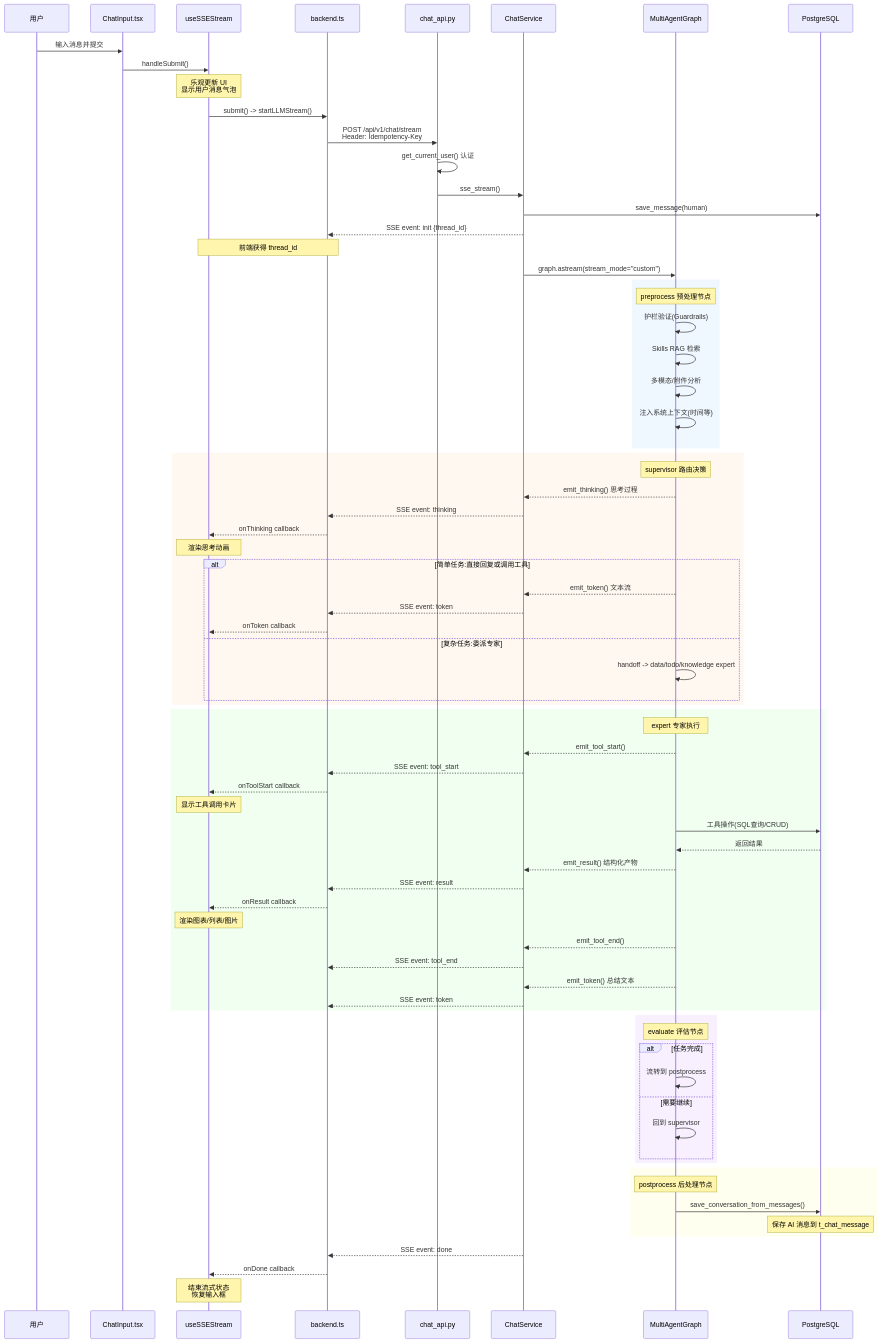
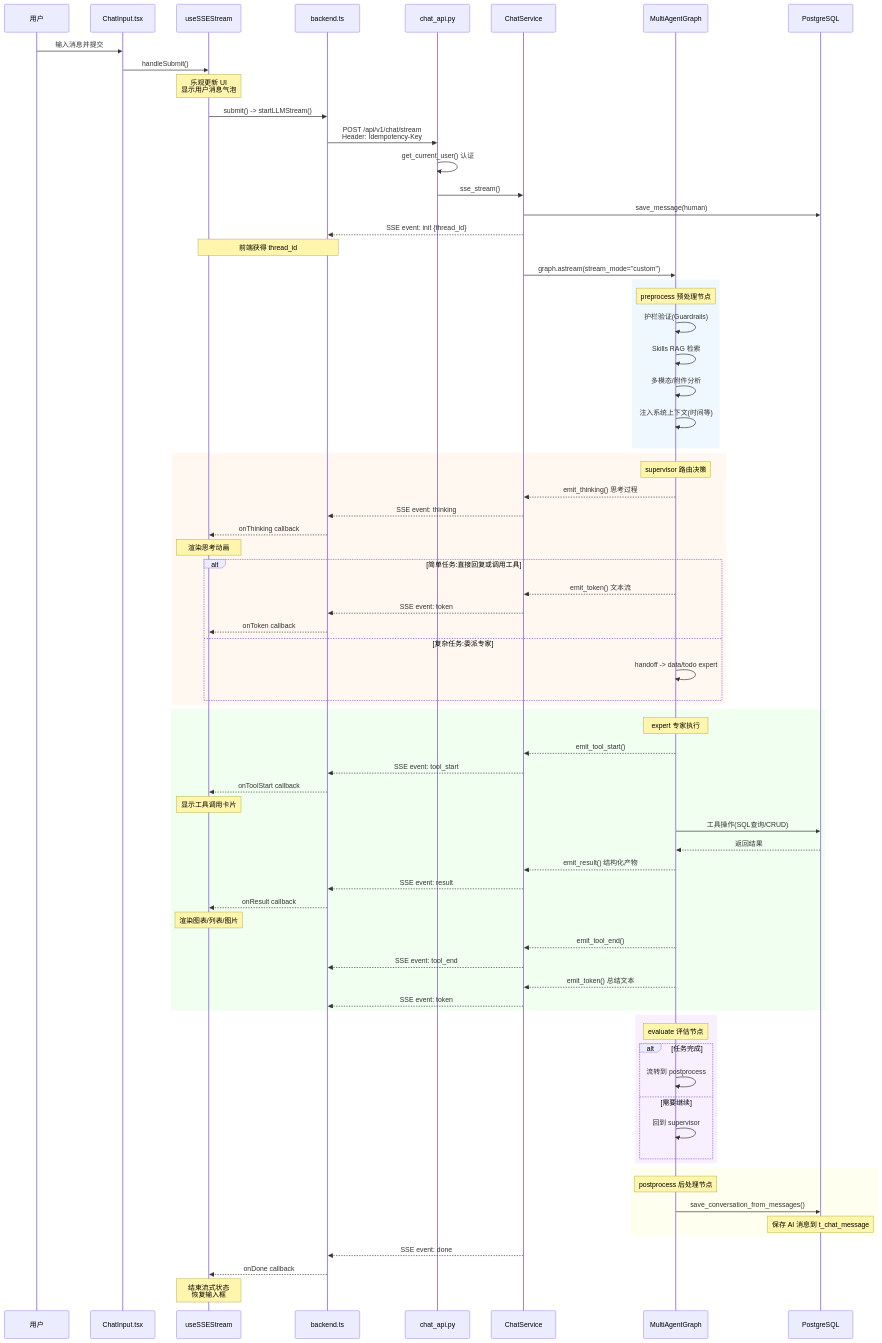
One commit to jijingkun-commits/fastapi changed the first of 8 diagrams in docs/开发文档/代码解读/多智能体系统详解.md. Above: the diagram before and after it, drawn with Mermaid. The commit also changed other lines of this file and 2 other files, not shown here.

```diff
--- a/docs/开发文档/代码解读/多智能体系统详解.md
+++ b/docs/开发文档/代码解读/多智能体系统详解.md
@@ -60,7 +63,7 @@
             ChatSvc-->>BackendTS: SSE event: token
             BackendTS-->>SSEHook: onToken callback
         else 复杂任务:委派专家
-            Graph->>Graph: handoff -> data/todo/knowledge expert
+            Graph->>Graph: handoff -> data/todo expert
         end
     end
 
```
